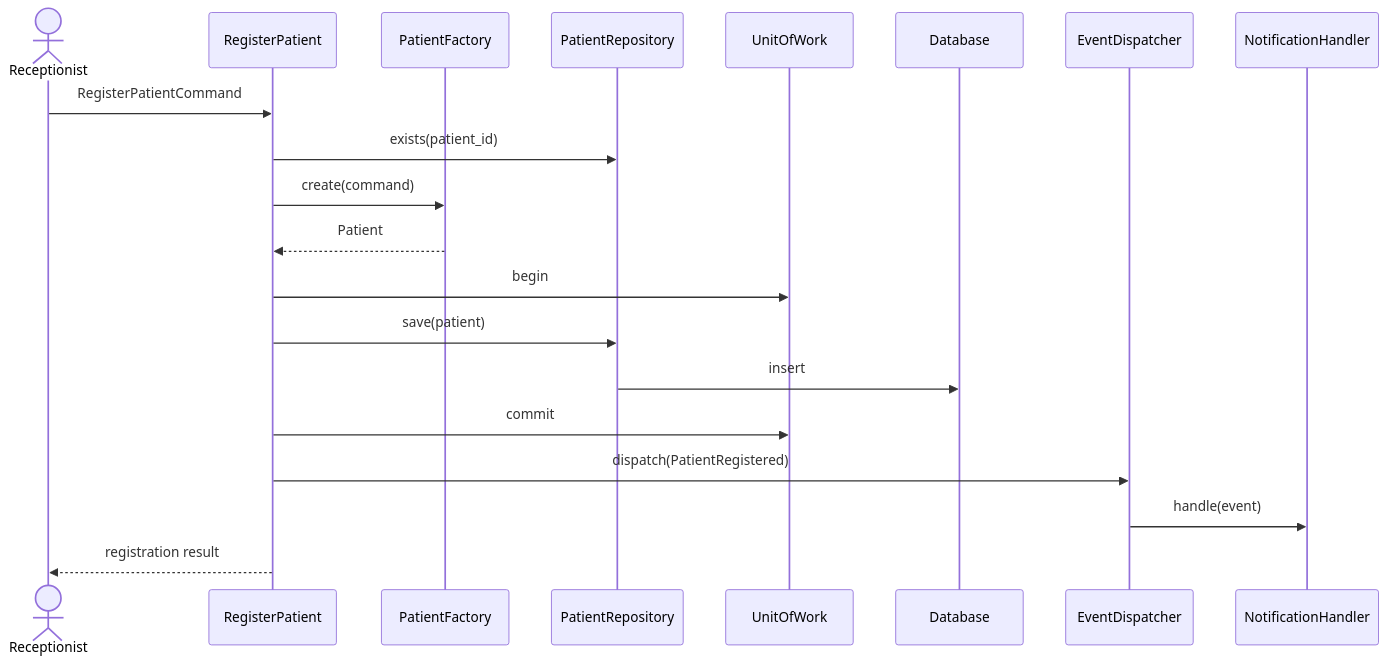
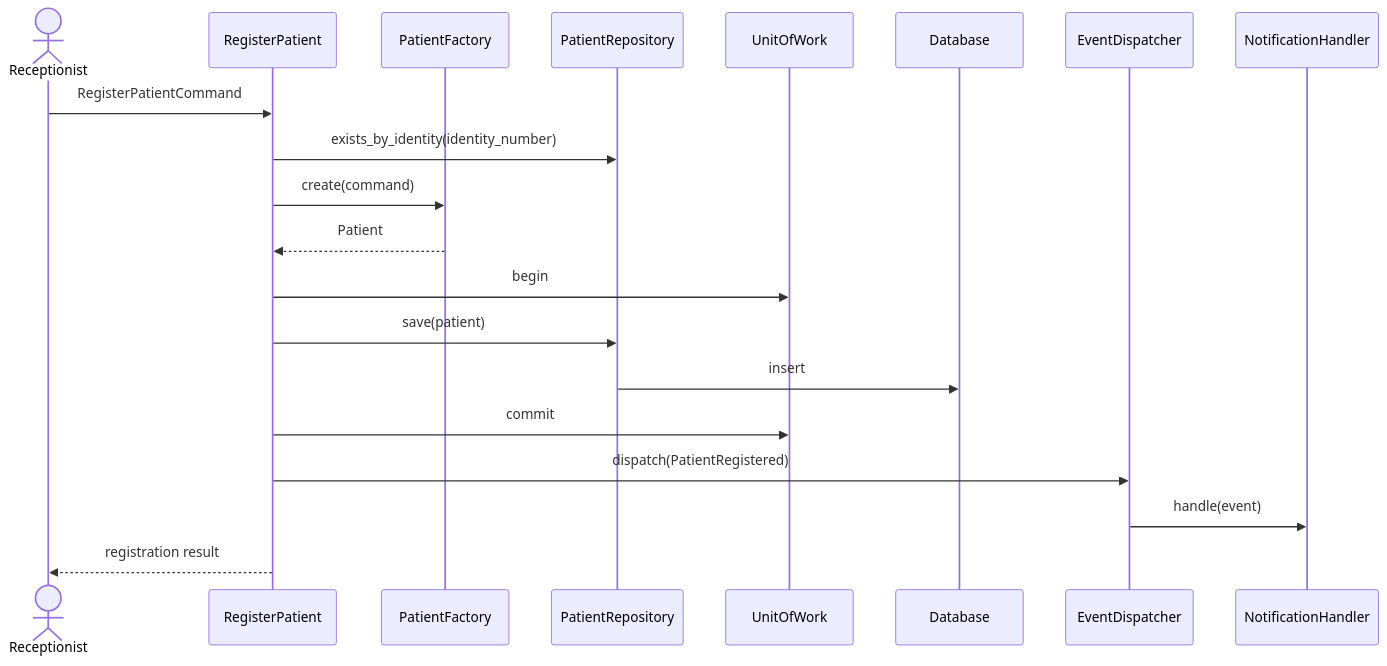
Before and after one commit to mezni/free09: the second of 2 diagrams in docs/architecture/design-patterns.md, drawn with Mermaid. The commit also changed other lines of this file and 10 other files, not shown here.

Commit message:
docs(infrastructure): define persistence architecture

````diff
--- a/docs/architecture/design-patterns.md
+++ b/docs/architecture/design-patterns.md
@@ -468,23 +468,23 @@
 ```mermaid
 sequenceDiagram
     actor Receptionist
     participant UC as RegisterPatient
     participant Factory as PatientFactory
     participant Repo as PatientRepository
     participant UoW as UnitOfWork
     participant DB as Database
     participant Dispatcher as EventDispatcher
     participant Handler as NotificationHandler
 
     Receptionist->>UC: RegisterPatientCommand
-    UC->>Repo: exists(patient_id)
+    UC->>Repo: exists_by_identity(identity_number)
     UC->>Factory: create(command)
     Factory-->>UC: Patient
     UC->>UoW: begin
     UC->>Repo: save(patient)
     Repo->>DB: insert
     UC->>UoW: commit
     UC->>Dispatcher: dispatch(PatientRegistered)
     Dispatcher->>Handler: handle(event)
     UC-->>Receptionist: registration result
 ```
````
